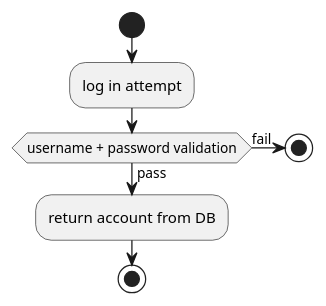
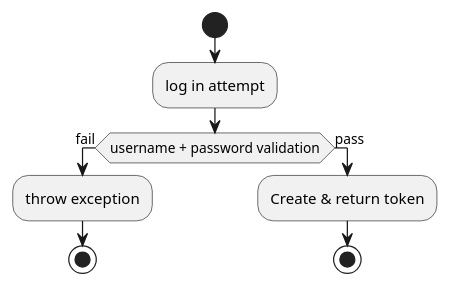
Before and after one commit to MoermansJ/eindwerk_backEnd: the third of 3 diagrams in docs/flowchart.md, drawn with PlantUML. The commit also changed other lines of this file and 6 other files, not shown here.

````diff
--- a/docs/flowchart.md
+++ b/docs/flowchart.md
@@ -22,14 +46,15 @@
 ```plantuml
 @startuml
 start
 
 :log in attempt;
 if (username + password validation) then (fail)
+:throw exception;
 stop
 else(pass)
 
-:return account from DB;
+:Create & return token;
 
 stop
 @enduml
 ```
````
